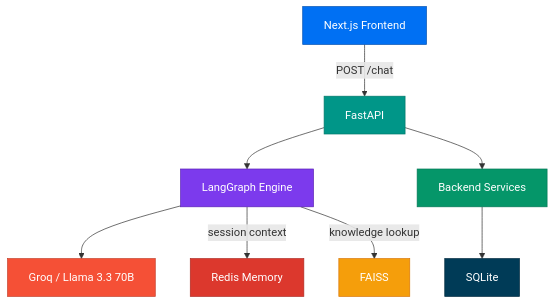
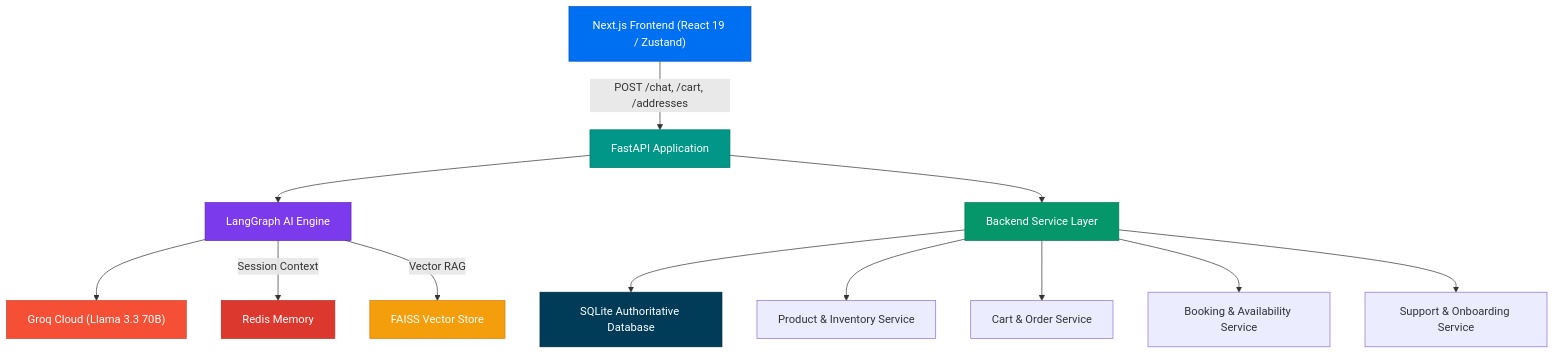
One commit to Rohit1x52/BuyQK-Chatbot changed the first of 3 diagrams in README.md. Above: the diagram before and after it, drawn with Mermaid. The commit also changed other lines of this file, not shown here.

````diff
--- a/README.md
+++ b/README.md
@@ -58,19 +128,25 @@
 ```mermaid
 graph TD
-    A["Next.js Frontend"] -->|"POST /chat"| B["FastAPI"]
-    B --> C["LangGraph Engine"]
-    B --> D["Backend Services"]
-    C --> E["Groq / Llama 3.3 70B"]
-    D --> F["SQLite"]
-    C -->|"session context"| G["Redis Memory"]
-    C -->|"knowledge lookup"| H["FAISS"]
+    A["Next.js Frontend (React 19 / Zustand)"] -->|"POST /chat, /cart, /addresses"| B["FastAPI Application"]
+    B --> C["LangGraph AI Engine"]
+    B --> D["Backend Service Layer"]
+    
+    C --> E["Groq Cloud (Llama 3.3 70B)"]
+    C -->|"Session Context"| F["Redis Memory"]
+    C -->|"Vector RAG"| G["FAISS Vector Store"]
+    
+    D --> H["SQLite Authoritative Database"]
+    D --> I["Product & Inventory Service"]
+    D --> J["Cart & Order Service"]
+    D --> K["Booking & Availability Service"]
+    D --> L["Support & Onboarding Service"]
 
     style A fill:#0070f3,stroke:#0051b3,color:#fff
     style B fill:#009688,stroke:#00796b,color:#fff
     style C fill:#7c3aed,stroke:#5b21b6,color:#fff
     style D fill:#059669,stroke:#047857,color:#fff
     style E fill:#f55036,stroke:#c5402b,color:#fff
-    style F fill:#003b57,stroke:#002a3f,color:#fff
-    style G fill:#dc382d,stroke:#b02c24,color:#fff
-    style H fill:#f59e0b,stroke:#d97706,color:#fff
+    style H fill:#003b57,stroke:#002a3f,color:#fff
+    style F fill:#dc382d,stroke:#b02c24,color:#fff
+    style G fill:#f59e0b,stroke:#d97706,color:#fff
 ```
````
